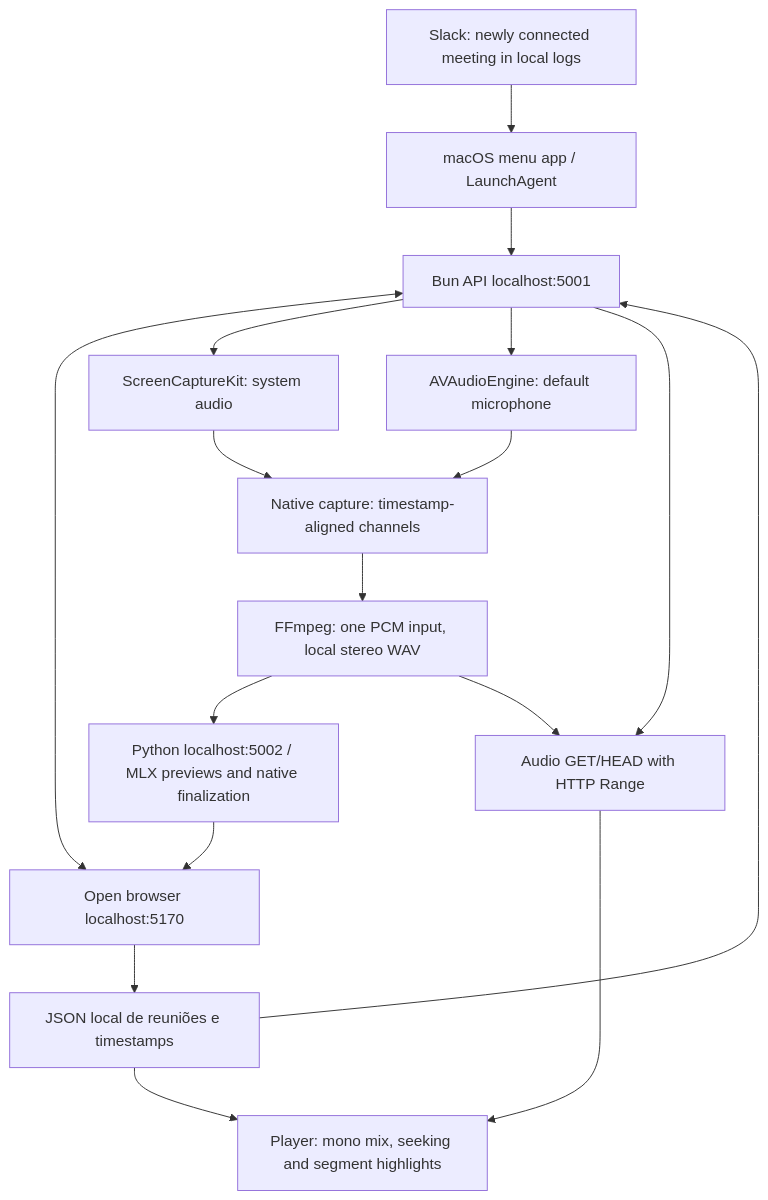
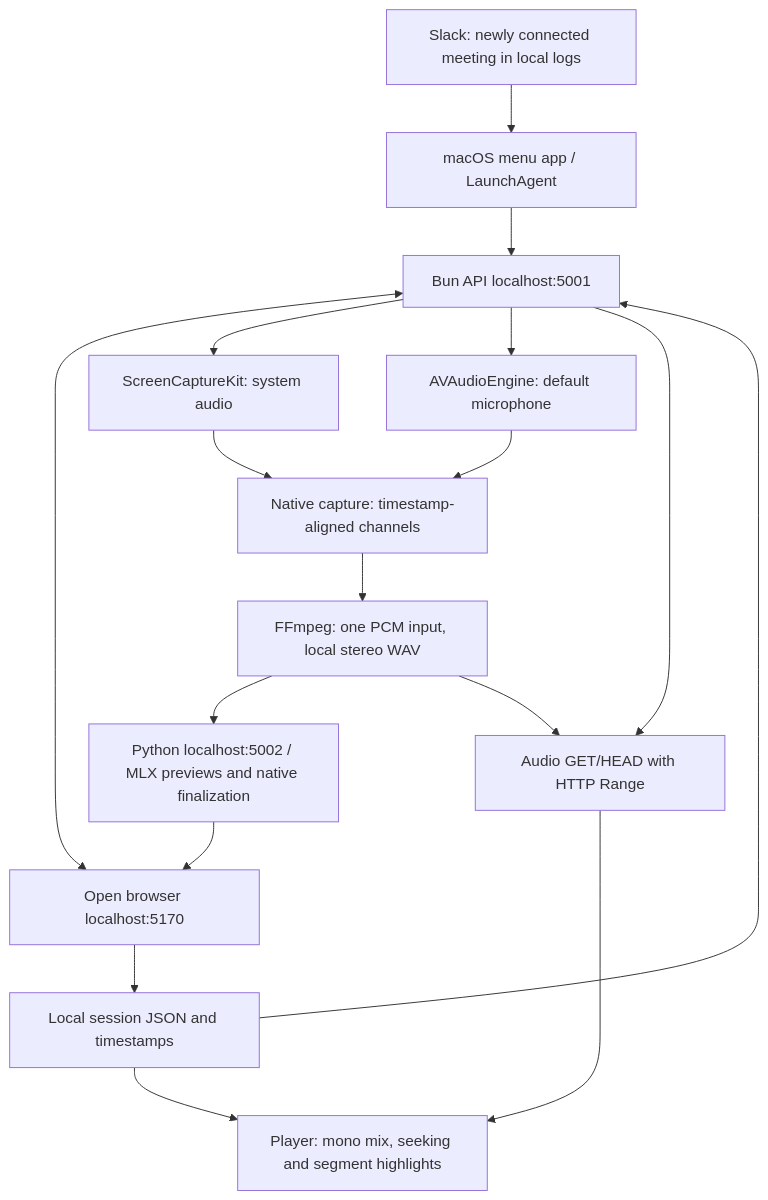
Before and after one commit to augustocbx/heed-macos: the diagram in README.md, drawn with Mermaid. The commit also changed other lines of this file and 6 other files, not shown here.

````diff
--- a/README.md
+++ b/README.md
@@ -117,19 +117,19 @@
 ```mermaid
 flowchart TD
     S[Slack: newly connected meeting in local logs] --> A[macOS menu app / LaunchAgent]
     A --> B[Bun API localhost:5001]
     B <--> C[Open browser localhost:5170]
     B --> D[ScreenCaptureKit: system audio]
     B --> E[AVAudioEngine: default microphone]
     D --> K[Native capture: timestamp-aligned channels]
     E --> K
     K --> F[FFmpeg: one PCM input, local stereo WAV]
     F --> G[Python localhost:5002 / MLX previews and native finalization]
     G --> C
-    C --> H[JSON local de reuniões e timestamps]
+    C --> H[Local session JSON and timestamps]
     H --> B
     F --> I[Audio GET/HEAD with HTTP Range]
     B --> I
     I --> J[Player: mono mix, seeking and segment highlights]
     H --> J
 ```
````
